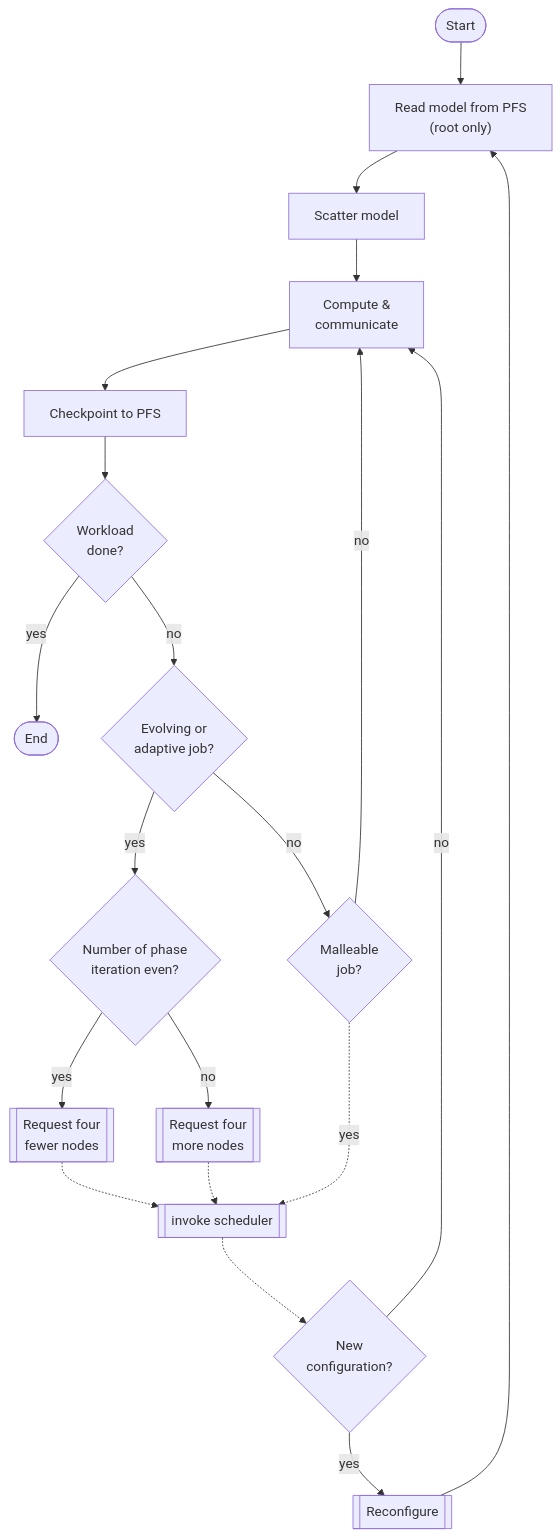
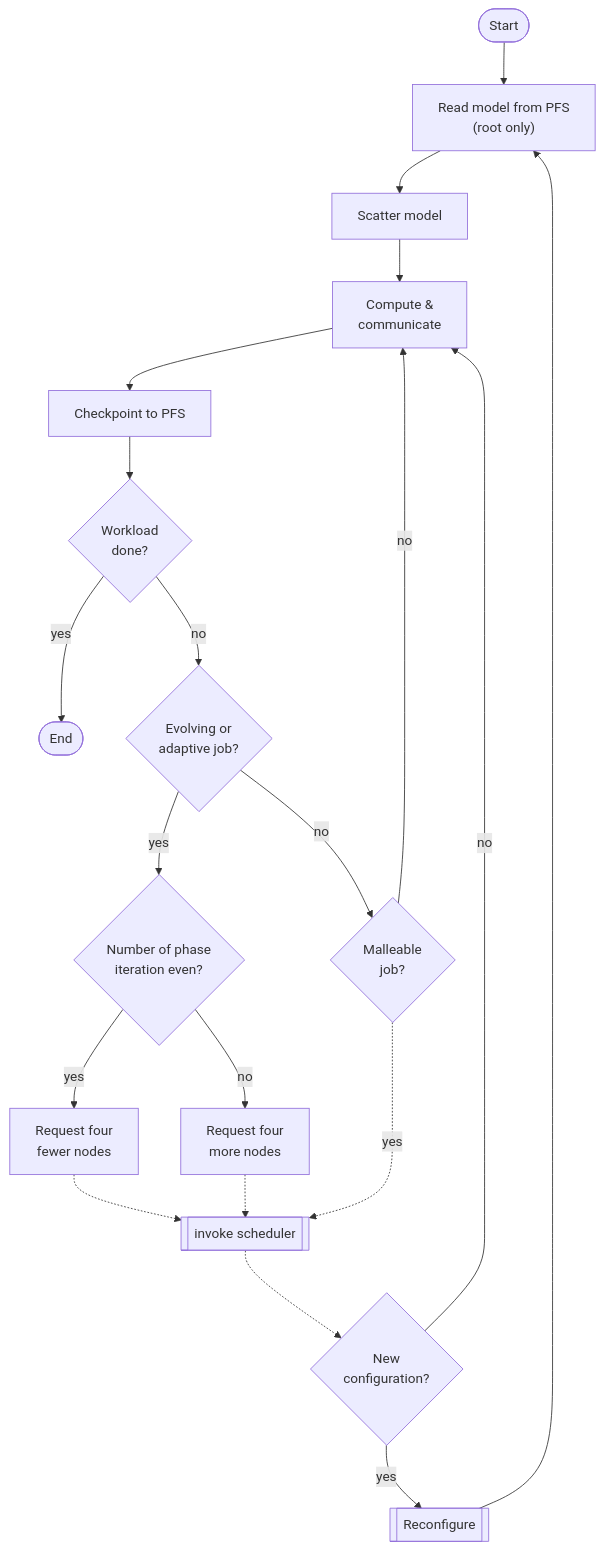
The diagram in get-started/quickstart.md (elastisim/elastisim.github.io), drawn with Mermaid before and after one commit.

Commit message:
Update application model flowchart in quickstart section

````diff
--- a/get-started/quickstart.md
+++ b/get-started/quickstart.md
@@ -53,24 +53,24 @@
 ```mermaid
 flowchart TD
     Start([Start])
     Start --> Read["Read model from PFS<br>(root only)"]
     Read --> Scatter[Scatter model]
     Scatter --> Compute[Compute &<br>communicate]
     Compute --> Write[Checkpoint to PFS]
     Write --> WD{Workload<br>done?}
     WD -->|yes| Stop([End])
     WD -->|no| Evol{Evolving or<br>adaptive job?}
     Evol -->|yes| Even{Number of phase<br>iteration even?}
     Evol -->|no| Mall{Malleable<br>job?}
-    Even -->|yes| Req_more[[Request four<br>fewer nodes]]
-    Even -->|no| Req_fewer[[Request four<br>more nodes]]
+    Even -->|yes| Req_more[Request four<br>fewer nodes]
+    Even -->|no| Req_fewer[Request four<br>more nodes]
     Req_more -.-> Inv
     Req_fewer -.-> Inv
     Mall -.->|yes| Inv
     Inv[[invoke scheduler]]
     Inv -.-> NC{New<br>configuration?}
     Mall -->|no| Compute
     NC -->|no| Compute
     NC -->|yes| Reconf[[Reconfigure]]
     Reconf --> Read
 ```
````
